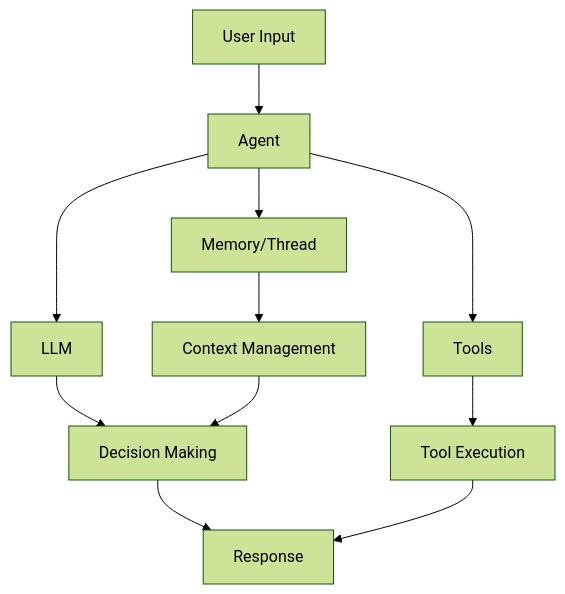
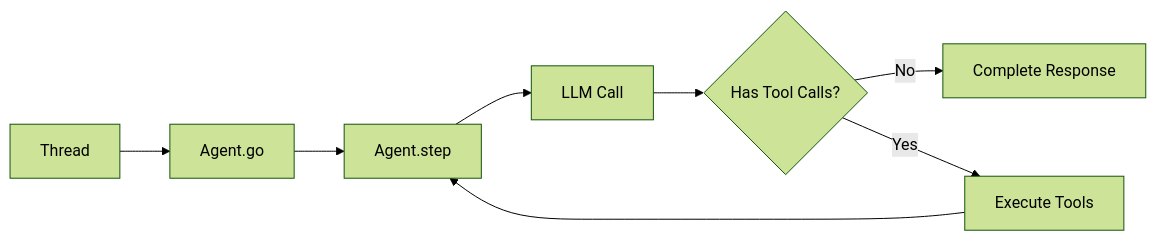
One commit to adamwdraper/slide changed the diagram in docs/concepts/agents.mdx. Above: the diagram before and after it, drawn with Mermaid (forest theme). The commit also changed other lines of this file, not shown here.

First line of the commit message:
Expand agent architecture and processing flow docs

````diff
--- a/docs/concepts/agents.mdx
+++ b/docs/concepts/agents.mdx
@@ -17,13 +19,10 @@
 ```mermaid
-graph TD
-    A[User Input] --> B[Agent]
-    B --> C[LLM]
-    B --> D[Tools]
-    B --> E[Memory/Thread]
-    C --> F[Decision Making]
-    D --> G[Tool Execution]
-    E --> H[Context Management]
-    F --> I[Response]
-    G --> I
-    H --> F
+graph LR
+    A[Thread] --> B[Agent.go]
+    B --> C[Agent.step]
+    C --> D[LLM Call]
+    D --> E{Has Tool Calls?}
+    E -->|No| F[Complete Response]
+    E -->|Yes| G[Execute Tools]
+    G --> C
 ```
````
